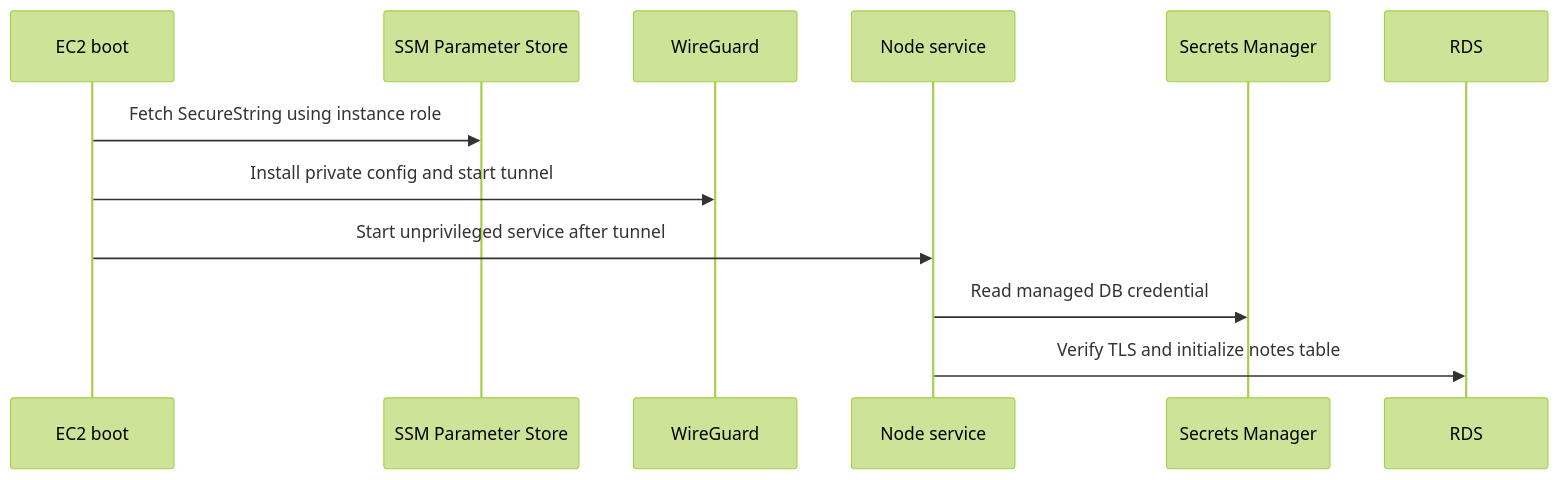
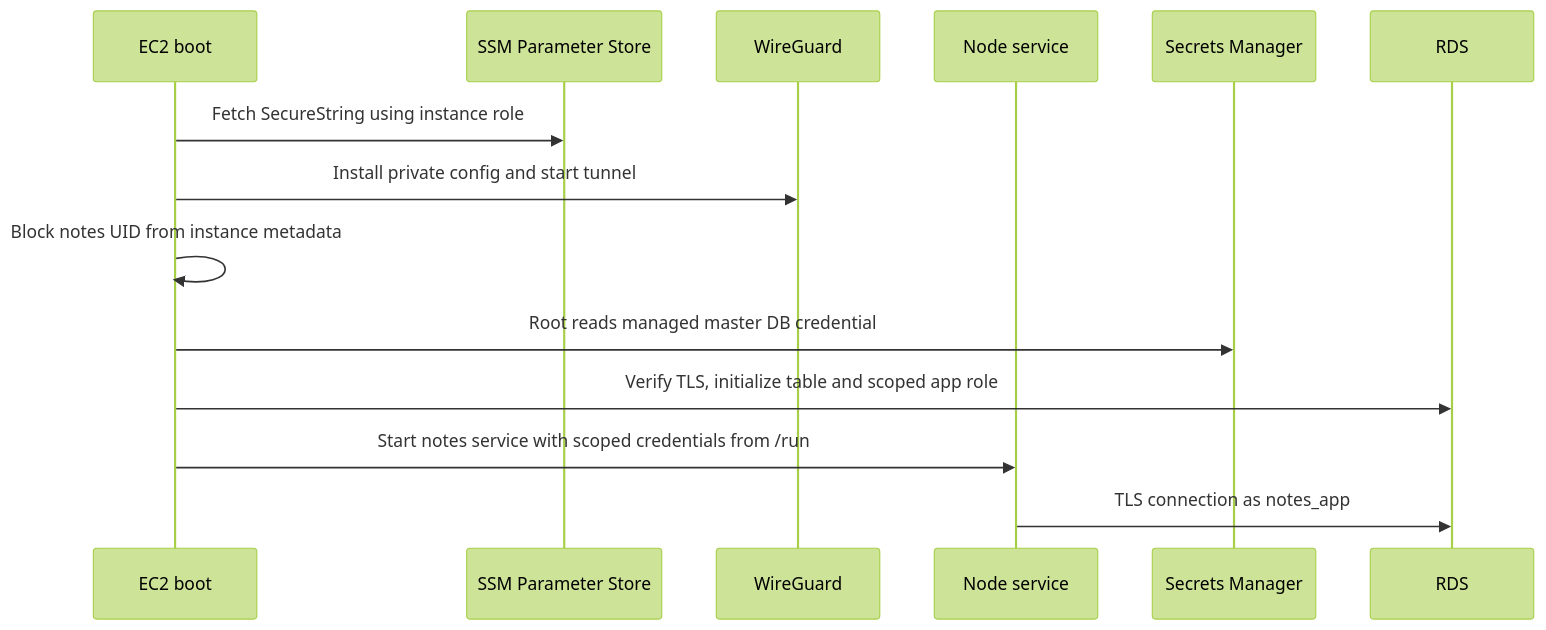
The second of 4 diagrams in README.md (Mechse/doxx-test-app-1), drawn with Mermaid (forest theme) before and after one commit. The commit also changed other lines of this file and 20 other files, not shown here.

````diff
--- a/README.md
+++ b/README.md
@@ -32,14 +34,16 @@
 ```mermaid
 sequenceDiagram
   participant E as EC2 boot
   participant S as SSM Parameter Store
   participant W as WireGuard
   participant A as Node service
   participant M as Secrets Manager
   participant R as RDS
   E->>S: Fetch SecureString using instance role
   E->>W: Install private config and start tunnel
-  E->>A: Start unprivileged service after tunnel
-  A->>M: Read managed DB credential
-  A->>R: Verify TLS and initialize notes table
+  E->>E: Block notes UID from instance metadata
+  E->>M: Root reads managed master DB credential
+  E->>R: Verify TLS, initialize table and scoped app role
+  E->>A: Start notes service with scoped credentials from /run
+  A->>R: TLS connection as notes_app
 ```
````
